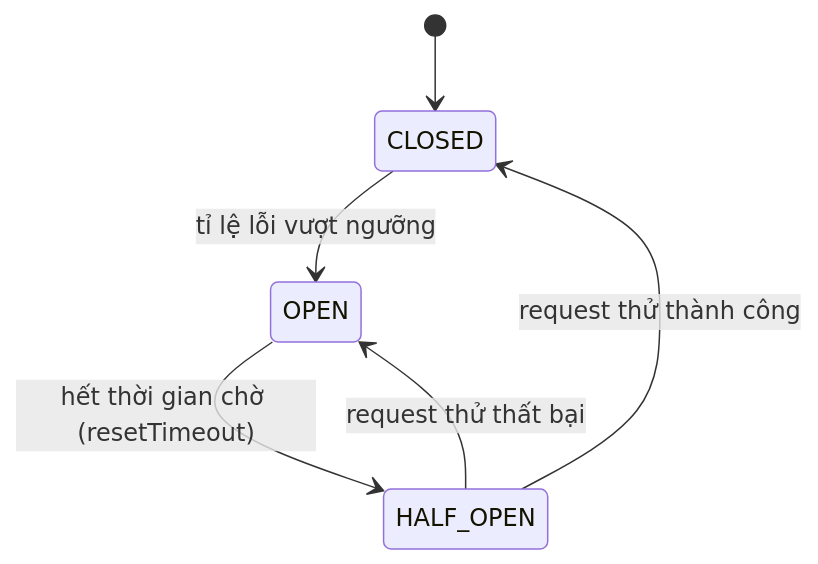
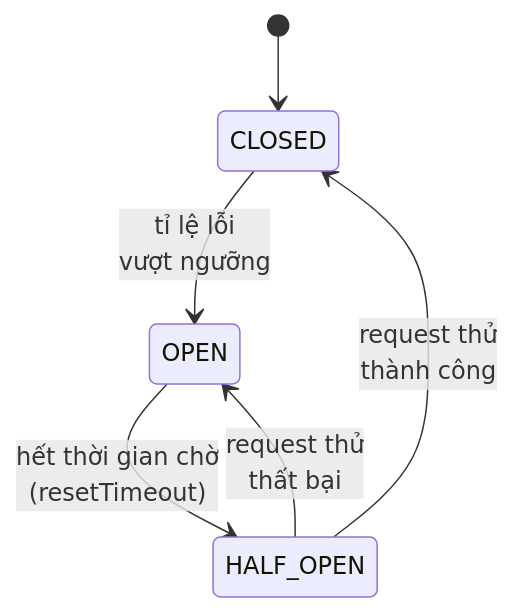
The second of 2 diagrams in content/posts/2026-11-18-api-reliability.md (duongbui234/software-engineering-atlas), drawn with Mermaid before and after one commit. The commit also changed other lines of this file and 134 other files, not shown here.

First line of the commit message:
Fit every Mermaid diagram at 390px without sideways scroll (#56)

````diff
--- a/content/posts/2026-11-18-api-reliability.md
+++ b/content/posts/2026-11-18-api-reliability.md
@@ -197,8 +194,9 @@
 ```mermaid
 stateDiagram-v2
+    direction TB
     [*] --> CLOSED
-    CLOSED --> OPEN: tỉ lệ lỗi vượt ngưỡng
-    OPEN --> HALF_OPEN: hết thời gian chờ (resetTimeout)
-    HALF_OPEN --> CLOSED: request thử thành công
-    HALF_OPEN --> OPEN: request thử thất bại
+    CLOSED --> OPEN: tỉ lệ lỗi<br/>vượt ngưỡng
+    OPEN --> HALF_OPEN: hết thời gian chờ<br/>(resetTimeout)
+    HALF_OPEN --> CLOSED: request thử<br/>thành công
+    HALF_OPEN --> OPEN: request thử<br/>thất bại
 ```
````
